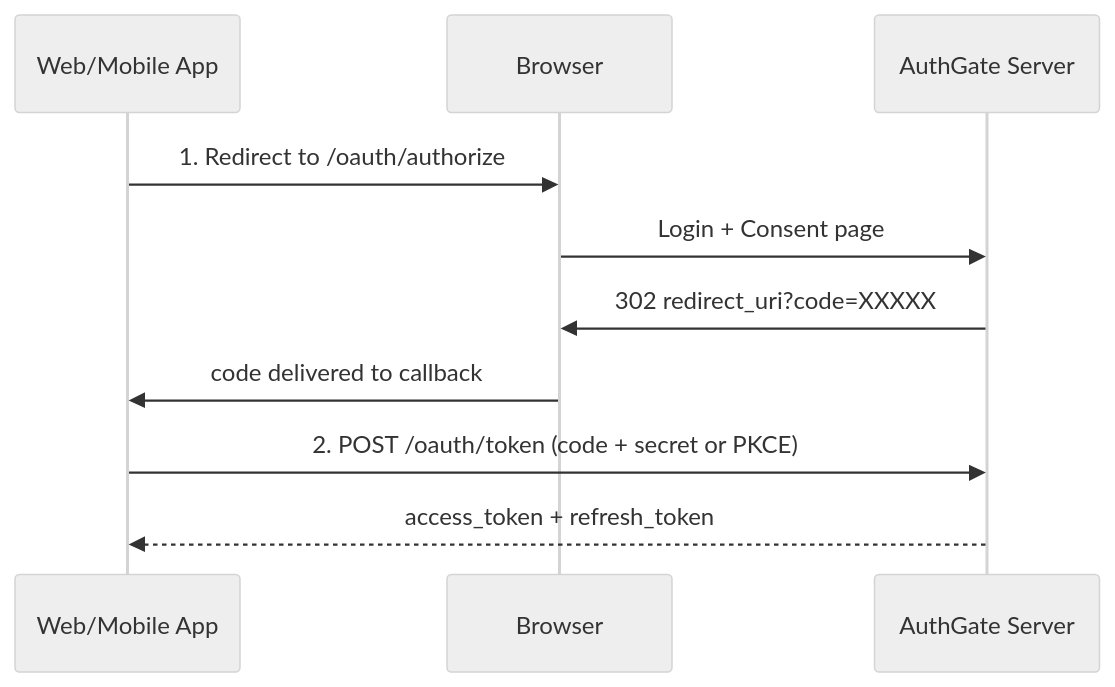
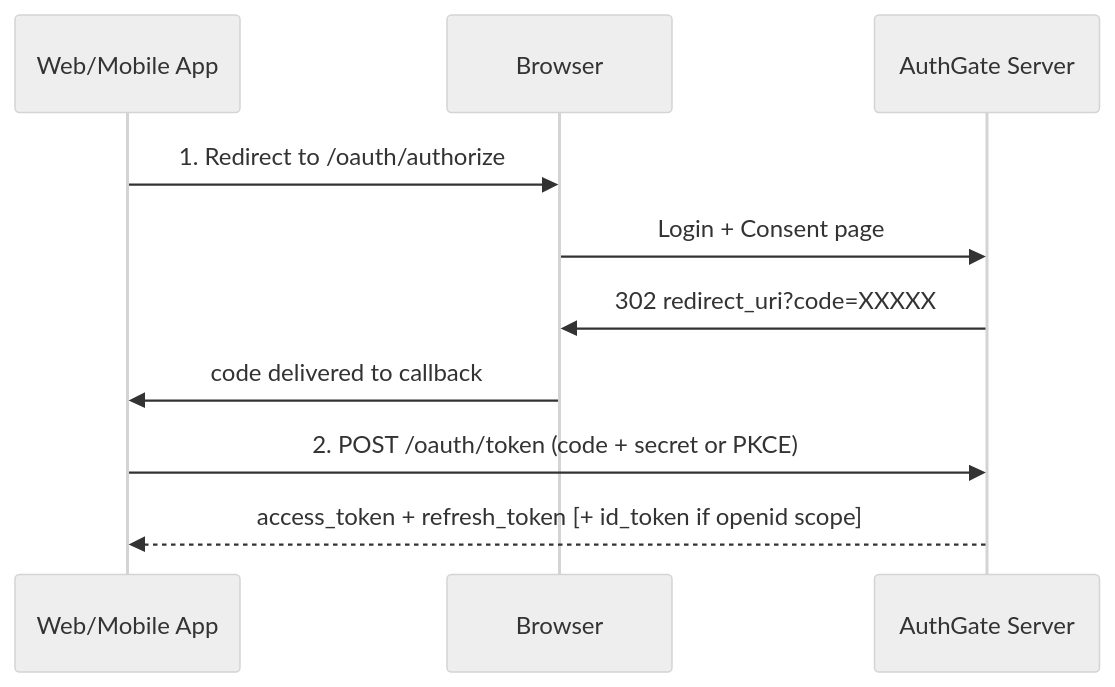
Before and after one commit to go-authgate/authgate: the second of 3 diagrams in README.md, drawn with Mermaid (neutral theme). The commit also changed other lines of this file and 14 other files, not shown here.

First line of the commit message:
feat: add OpenID Connect ID Token support to OAuth flows (#56)

````diff
--- a/README.md
+++ b/README.md
@@ -240,13 +240,13 @@
 ```mermaid
 sequenceDiagram
     participant App as Web/Mobile App
     participant Browser as Browser
     participant AuthGate as AuthGate Server
 
     App->>Browser: 1. Redirect to /oauth/authorize
     Browser->>AuthGate: Login + Consent page
     AuthGate->>Browser: 302 redirect_uri?code=XXXXX
     Browser->>App: code delivered to callback
     App->>AuthGate: 2. POST /oauth/token (code + secret or PKCE)
-    AuthGate-->>App: access_token + refresh_token
+    AuthGate-->>App: access_token + refresh_token [+ id_token if openid scope]
 ```
````
